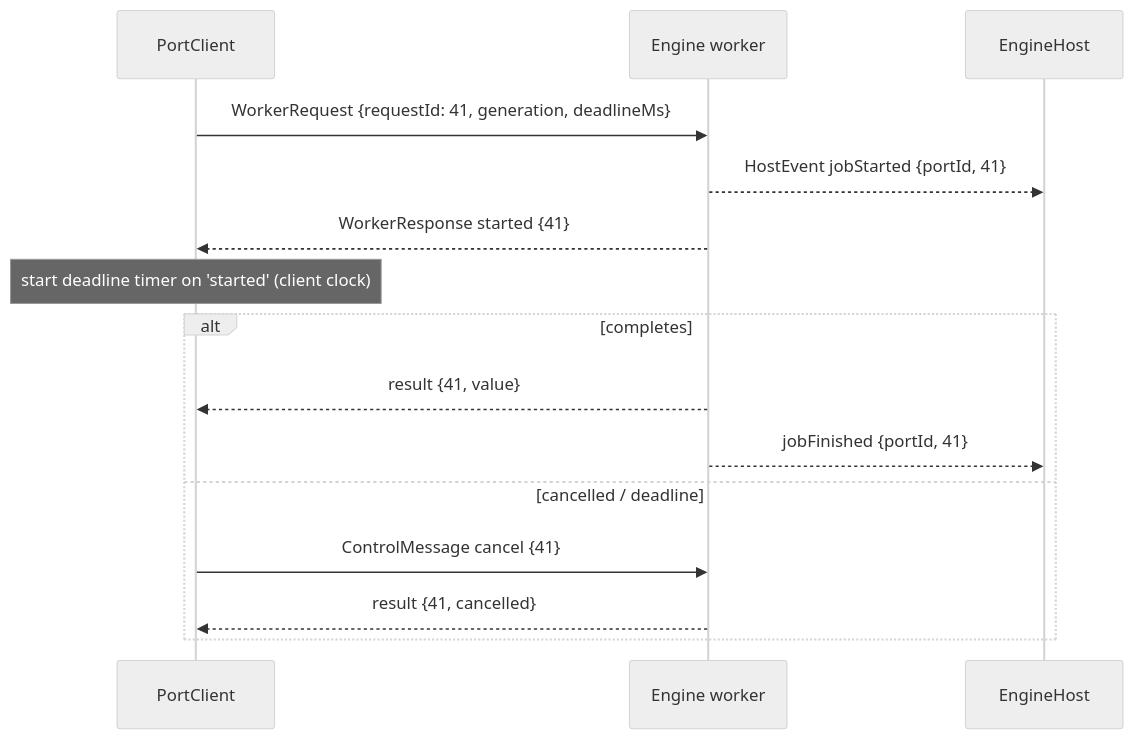
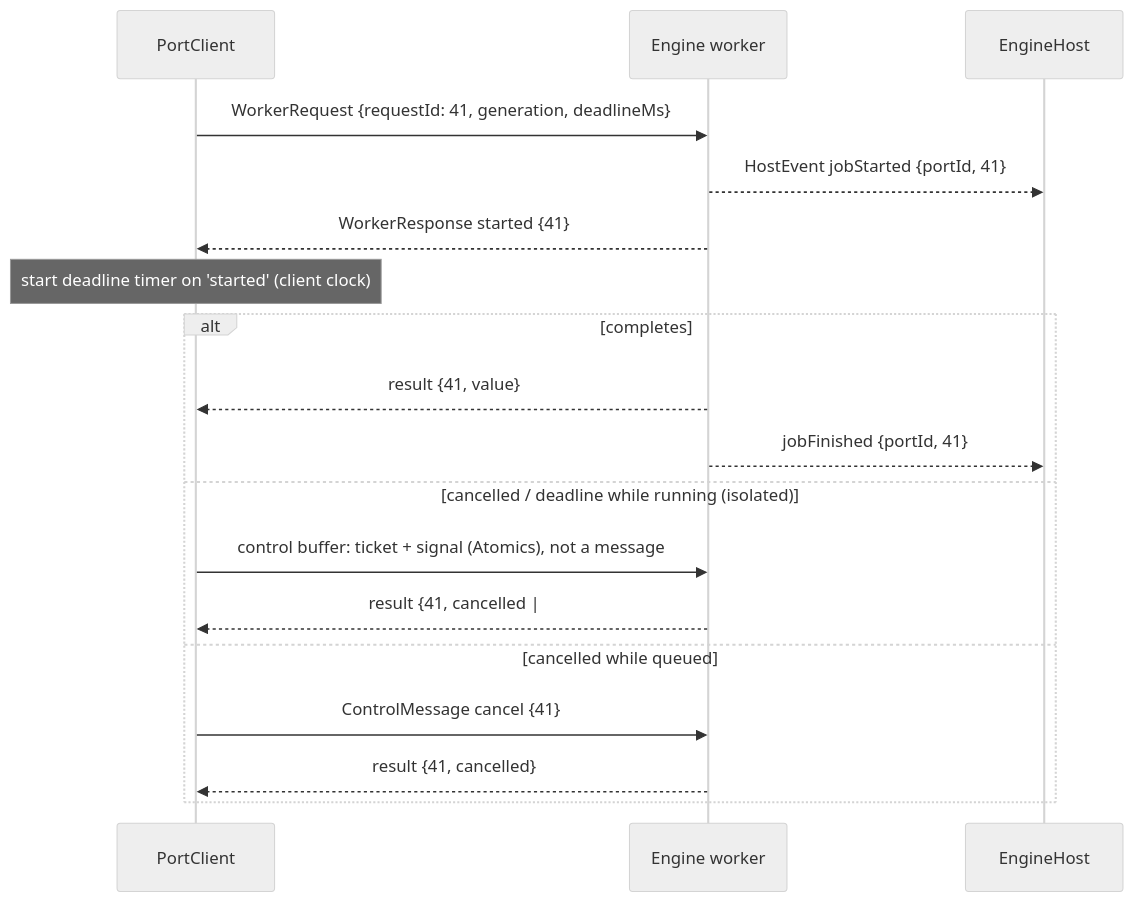
Before and after one commit to g4stein/SUTURE: the second of 6 diagrams in .kiro/specs/02-wasm-worker-bridge/design.md, drawn with Mermaid (neutral theme). The commit also changed other lines of this file and 17 other files, not shown here.

````diff
--- a/.kiro/specs/02-wasm-worker-bridge/design.md
+++ b/.kiro/specs/02-wasm-worker-bridge/design.md
@@ -273,17 +277,20 @@
 ```mermaid
 sequenceDiagram
   participant C as PortClient
   participant W as Engine worker
   participant H as EngineHost
   C->>W: WorkerRequest {requestId: 41, generation, deadlineMs}
   W-->>H: HostEvent jobStarted {portId, 41}
   W-->>C: WorkerResponse started {41}
   Note over C: start deadline timer on 'started' (client clock)
   alt completes
     W-->>C: result {41, value}
     W-->>H: jobFinished {portId, 41}
-  else cancelled / deadline
+  else cancelled / deadline while running (isolated)
+    C->>W: control buffer: ticket + signal (Atomics), not a message
+    W-->>C: result {41, cancelled | #TIMEOUT!}
+  else cancelled while queued
     C->>W: ControlMessage cancel {41}
     W-->>C: result {41, cancelled}
   end
 ```
````
